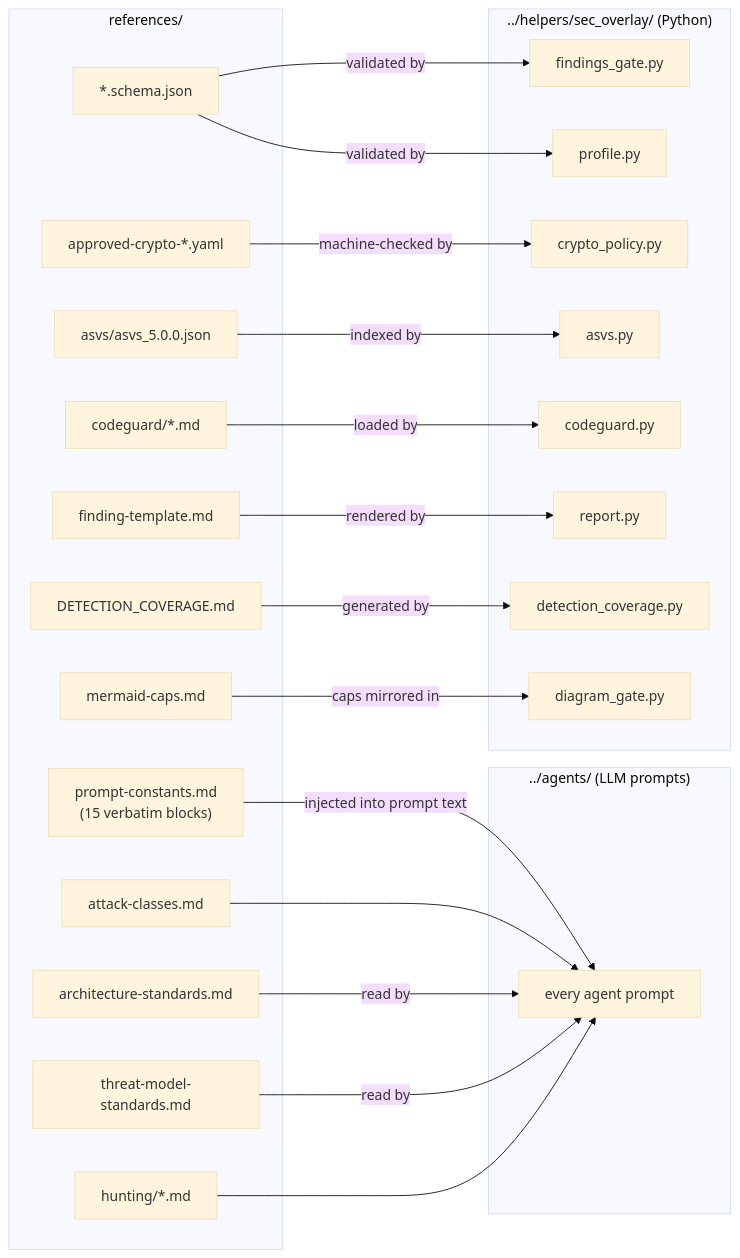
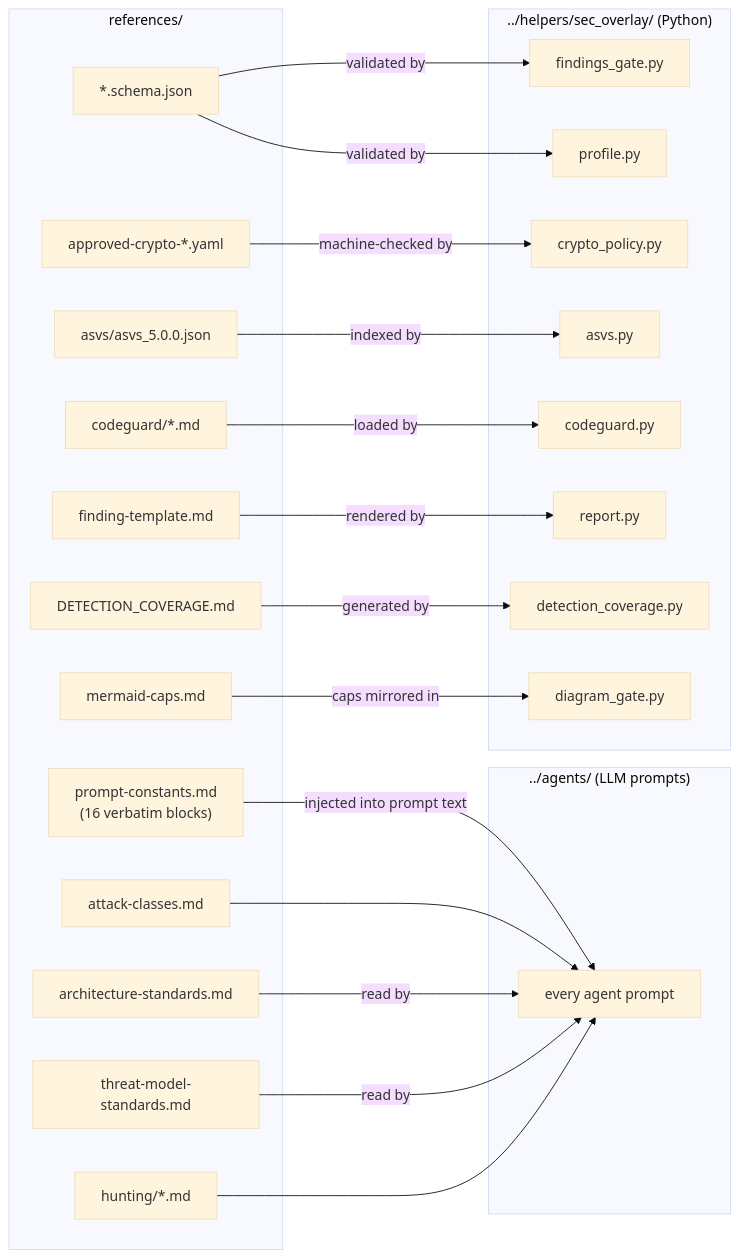
Before and after one commit to cjbischoff/cjbischoff-claude-code-tools: the first of 2 diagrams in plugins/sec-overlay/skills/sec-overlay/references/README.md, drawn with Mermaid (base theme). The commit also changed other lines of this file and 10 other files, not shown here.

````diff
--- a/plugins/sec-overlay/skills/sec-overlay/references/README.md
+++ b/plugins/sec-overlay/skills/sec-overlay/references/README.md
@@ -34,46 +34,46 @@
 ```mermaid
 flowchart LR
     subgraph REF["references/"]
-        PC["prompt-constants.md<br/>(15 verbatim blocks)"]
+        PC["prompt-constants.md<br/>(16 verbatim blocks)"]
         AC["attack-classes.md"]
         ARCH["architecture-standards.md"]
         TMS["threat-model-standards.md"]
         MC["mermaid-caps.md"]
         FT["finding-template.md"]
         HUNT["hunting/*.md"]
         CG["codeguard/*.md"]
         ASVS["asvs/asvs_5.0.0.json"]
         CRYPTO["approved-crypto-*.yaml"]
         SCHEMA["*.schema.json"]
         DC["DETECTION_COVERAGE.md"]
     end
 
     subgraph AGENTS["../agents/ (LLM prompts)"]
         A["every agent prompt"]
     end
 
     subgraph HELPERS["../helpers/sec_overlay/ (Python)"]
         FG["findings_gate.py"]
         PROF["profile.py"]
         CP["crypto_policy.py"]
         ASVSPY["asvs.py"]
         CGPY["codeguard.py"]
         REP["report.py"]
         DCPY["detection_coverage.py"]
         DGATE["diagram_gate.py"]
     end
 
     PC -->|"injected into prompt text"| A
     AC --> A
     ARCH -->|"read by"| A
     TMS -->|"read by"| A
     MC -->|"caps mirrored in"| DGATE
     HUNT --> A
     FT -->|"rendered by"| REP
     SCHEMA -->|"validated by"| FG
     SCHEMA -->|"validated by"| PROF
     CRYPTO -->|"machine-checked by"| CP
     ASVS -->|"indexed by"| ASVSPY
     CG -->|"loaded by"| CGPY
     DC -->|"generated by"| DCPY
 ```
````
